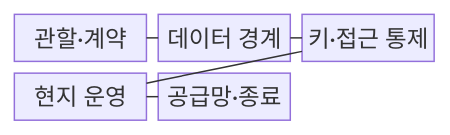
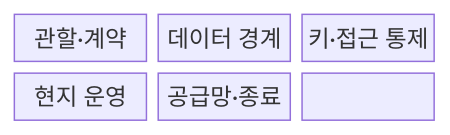
Before and after one commit to agnusdei1207/knowledge-base: the first of 2 diagrams in src/content/docs/notes/08-latest-tech/182_sovereign_cloud.md, drawn with Mermaid. The commit also changed other lines of this file and 228 other files, not shown here.

````diff
--- a/src/content/docs/notes/08-latest-tech/182_sovereign_cloud.md
+++ b/src/content/docs/notes/08-latest-tech/182_sovereign_cloud.md
@@ -50,13 +49,11 @@
 ```mermaid
 block-beta
   columns 3
-  A["관할·계약"]
-  B["데이터 경계"]
-  C["키·접근 통제"]
-  D["현지 운영"]
-  E["공급망·종료"]
-  A --- B
-  B --- C
-  C --- D
-  D --- E
+  N0["관할·계약"]
+  N1["데이터 경계"]
+  N2["키·접근 통제"]
+  N3["현지 운영"]
+  N4["공급망·종료"]
+  N0 --- N1 --- N2
+  N2 --- N3 --- N4
 ```
````
